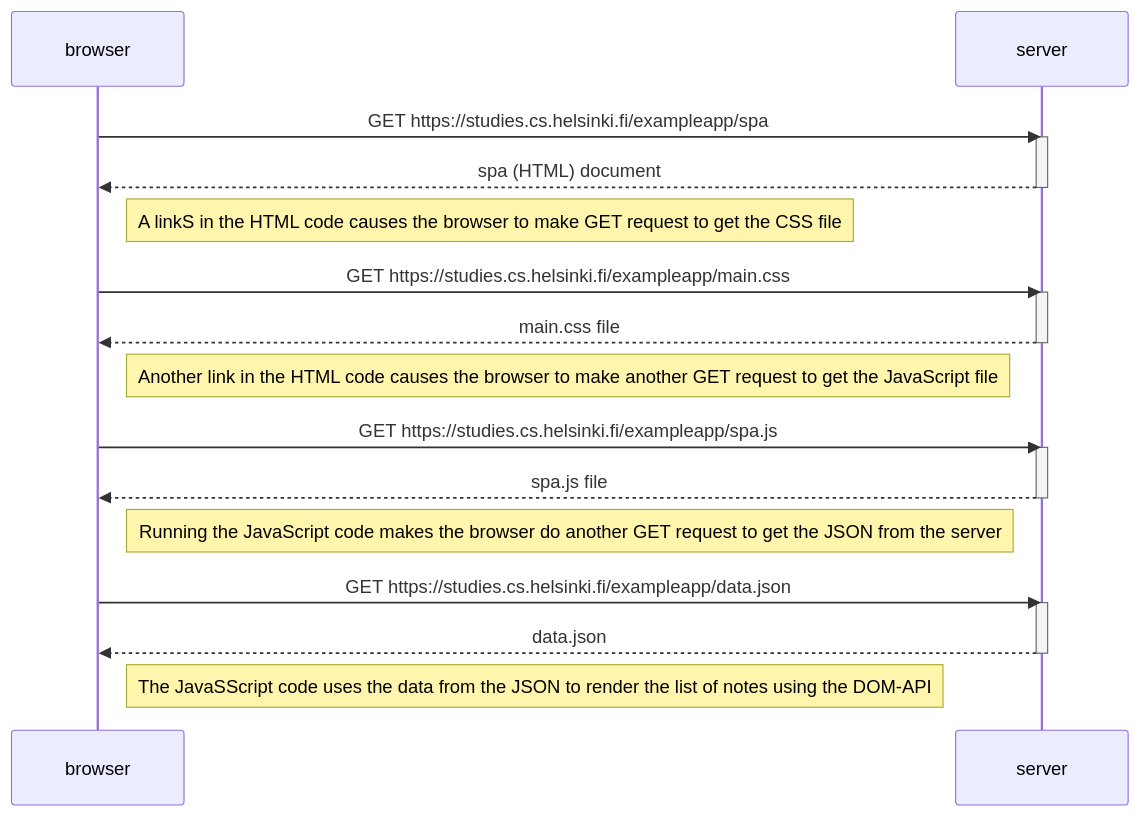
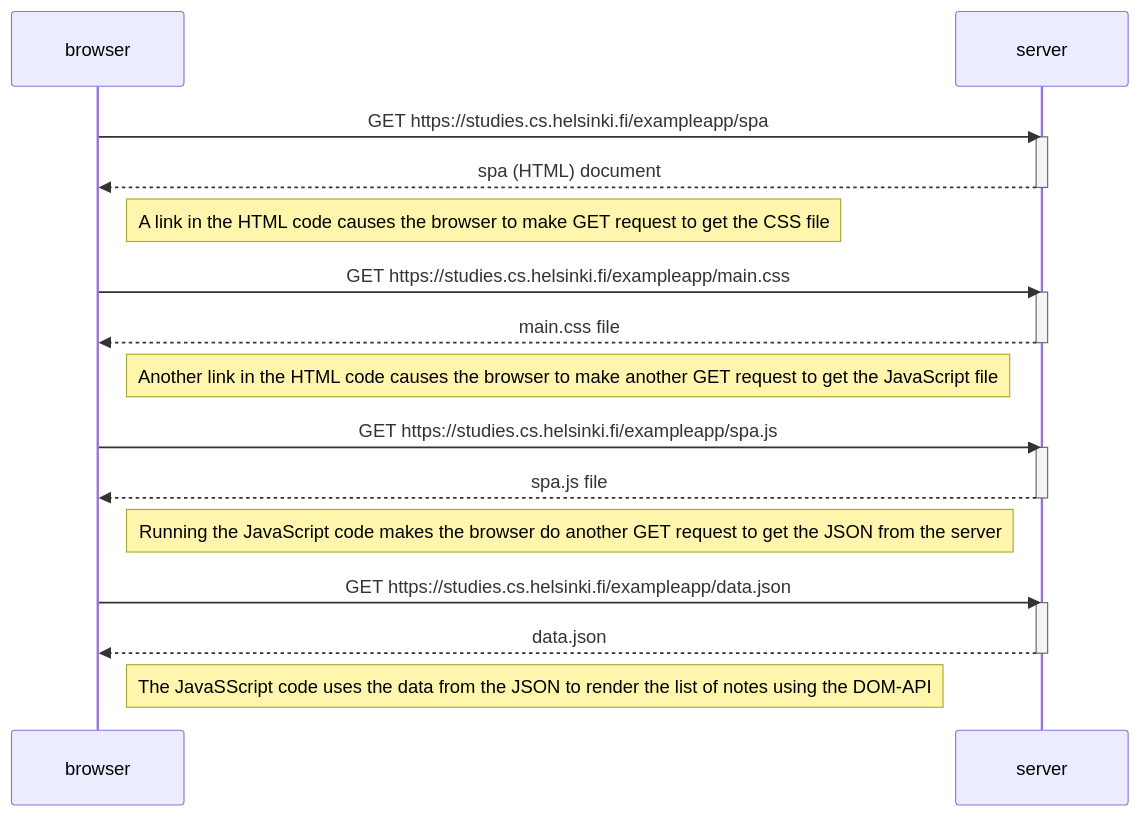
Before and after one commit to Evernew998/fullstackopen: the diagram in part0/single_page_app_diagram.md, drawn with Mermaid. The commit also changed 2 other files, not shown here.

Commit message:
added new_note_in_spa_diagram updated new

````diff
--- a/part0/single_page_app_diagram.md
+++ b/part0/single_page_app_diagram.md
@@ -1,33 +1,33 @@
 ```mermaid
 sequenceDiagram
     participant browser
     participant server
 
     browser->>server: GET https://studies.cs.helsinki.fi/exampleapp/spa
     activate server
     server-->>browser: spa (HTML) document
     deactivate server
 
-    Note right of browser: A linkS in the HTML code causes the browser to make GET request to get the CSS file
+    Note right of browser: A link in the HTML code causes the browser to make GET request to get the CSS file
 
     browser->>server: GET https://studies.cs.helsinki.fi/exampleapp/main.css
     activate server
     server-->>browser: main.css file
     deactivate server
 
     Note right of browser: Another link in the HTML code causes the browser to make another GET request to get the JavaScript file
 
     browser->>server: GET https://studies.cs.helsinki.fi/exampleapp/spa.js
     activate server
     server-->>browser: spa.js file
     deactivate server
 
     Note right of browser: Running the JavaScript code makes the browser do another GET request to get the JSON from the server
 
     browser->>server: GET https://studies.cs.helsinki.fi/exampleapp/data.json
     activate server
     server-->>browser: data.json
     deactivate server
 
     Note right of browser: The JavaSScript code uses the data from the JSON to render the list of notes using the DOM-API
 ```
````
